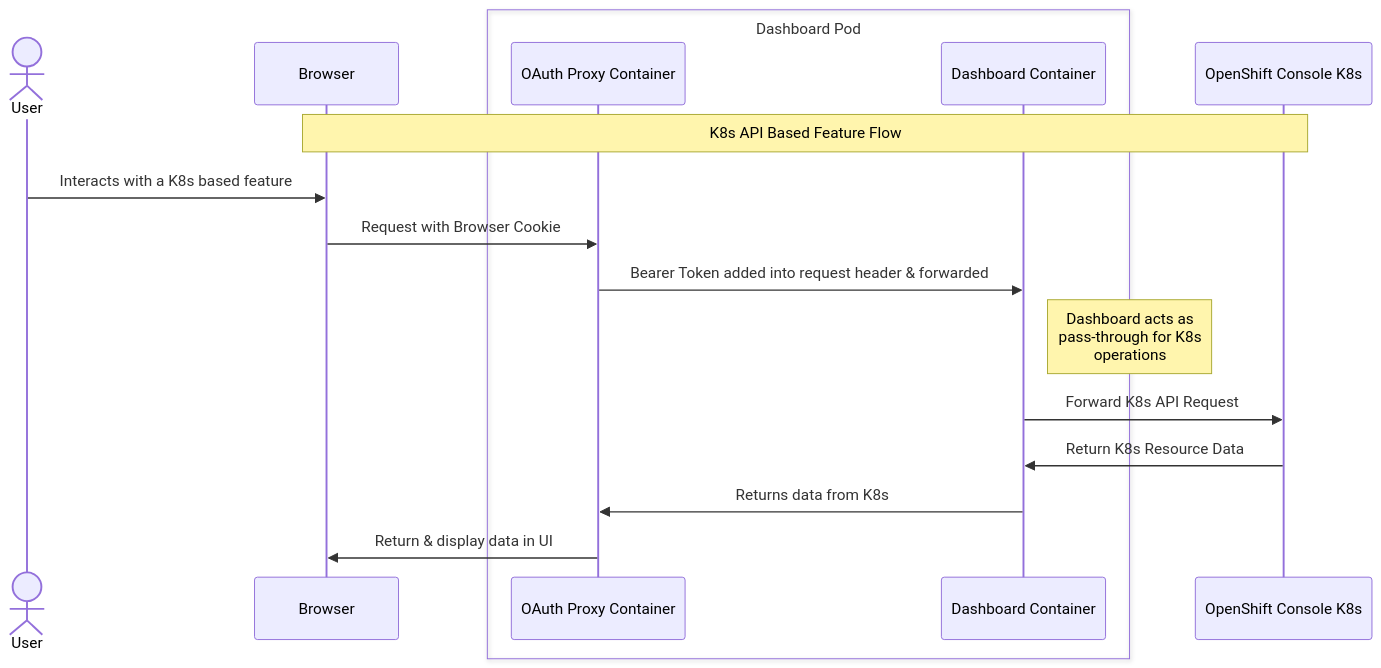
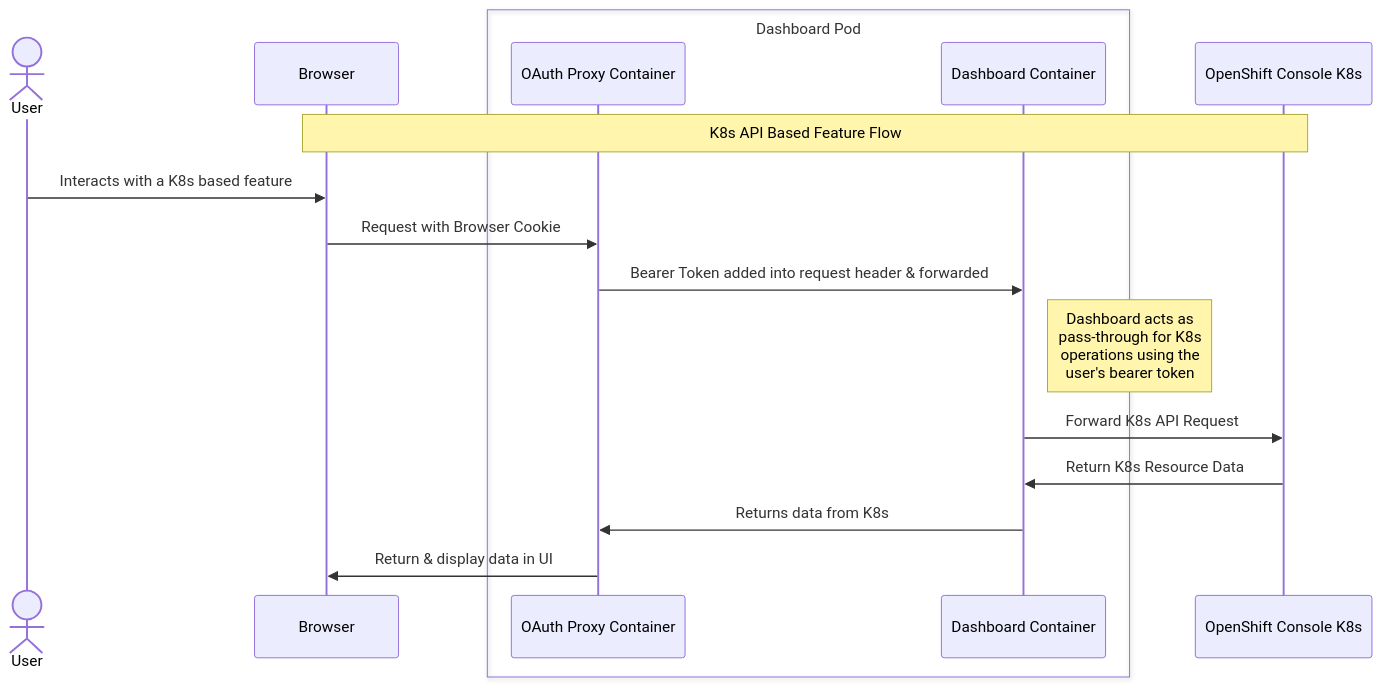
One commit to opendatahub-io/architecture-decision-records changed the third of 4 diagrams in documentation/components/dashboard/README.md. Above: the diagram before and after it, drawn with Mermaid. The commit also changed other lines of this file, not shown here.

````diff
--- a/documentation/components/dashboard/README.md
+++ b/documentation/components/dashboard/README.md
@@ -88,23 +88,23 @@
 ```mermaid
 sequenceDiagram
     actor User
     participant Browser
     box Dashboard Pod
     participant OAuthProxy as OAuth Proxy Container
     participant Dashboard as Dashboard Container
     end
     participant OpenShift as OpenShift Console K8s
 
     Note over Browser,OpenShift: K8s API Based Feature Flow
     
     User->>Browser: Interacts with a K8s based feature
     Browser->>OAuthProxy: Request with Browser Cookie
     OAuthProxy->>Dashboard: Bearer Token added into request header & forwarded
     
-    Note right of Dashboard: Dashboard acts as<br/>pass-through for K8s<br/>operations
+    Note right of Dashboard: Dashboard acts as<br/>pass-through for K8s<br/>operations using the<br/>user's bearer token
     
     Dashboard->>OpenShift: Forward K8s API Request
     OpenShift->>Dashboard: Return K8s Resource Data
     Dashboard->>OAuthProxy: Returns data from K8s
     OAuthProxy->>Browser: Return & display data in UI
 ```
````
